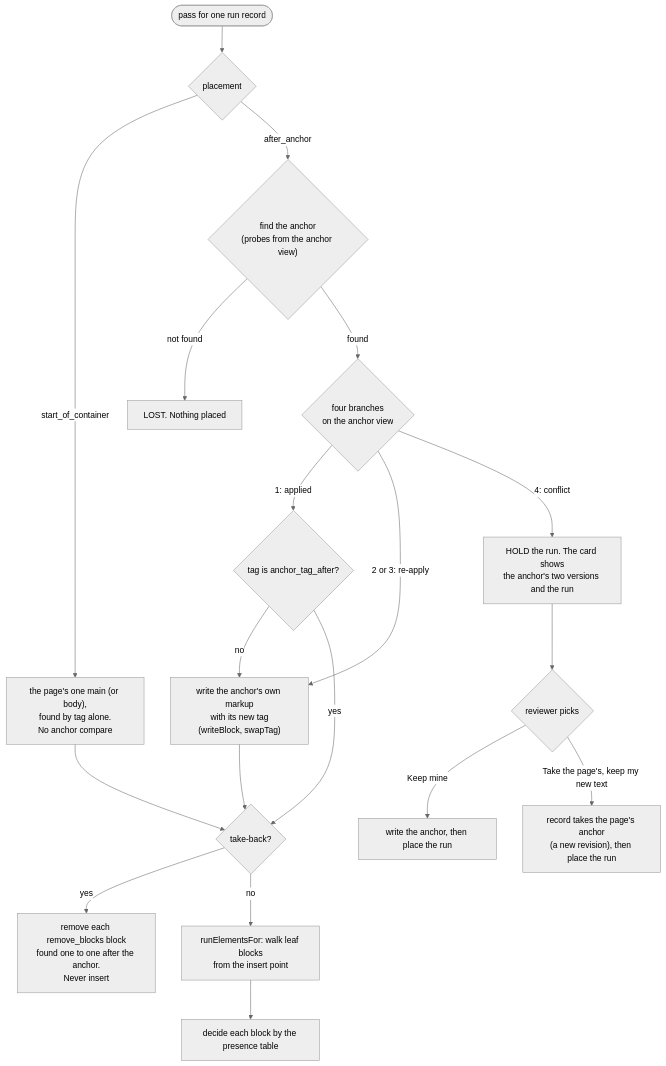
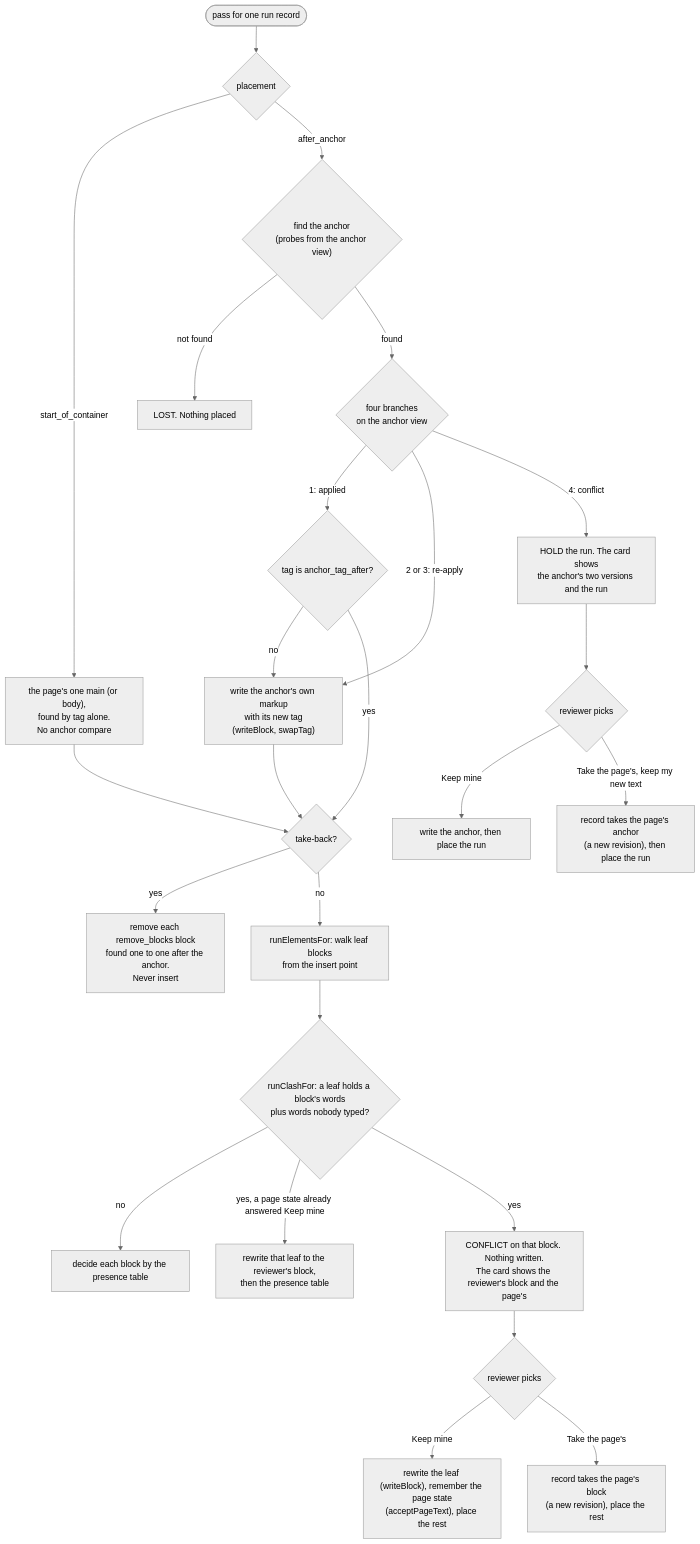
The third of 3 diagrams in docs/diagrams/replay_branches.md (kenxle/live-agentic-html-editor), drawn with Mermaid (neutral theme) before and after one commit. The commit also changed other lines of this file and 6 other files, not shown here.

````diff
--- a/docs/diagrams/replay_branches.md
+++ b/docs/diagrams/replay_branches.md
@@ -51,21 +51,27 @@
 ```mermaid
 flowchart TD
   S(["pass for one run record"]) --> P{"placement"}
   P -- "start_of_container" --> Cn["the page's one main (or body),<br/>found by tag alone.<br/>No anchor compare"]
   P -- "after_anchor" --> A{"find the anchor<br/>(probes from the anchor view)"}
   A -- "not found" --> L["LOST. Nothing placed"]
   A -- "found" --> V{"four branches<br/>on the anchor view"}
   V -- "1: applied" --> T{"tag is anchor_tag_after?"}
   V -- "2 or 3: re-apply" --> W["write the anchor's own markup<br/>with its new tag<br/>(writeBlock, swapTag)"]
   V -- "4: conflict" --> H["HOLD the run. The card shows<br/>the anchor's two versions and the run"]
   T -- "no" --> W
   T -- "yes" --> R
   W --> R
   Cn --> R{"take-back?"}
   R -- "yes" --> Rm["remove each remove_blocks block<br/>found one to one after the anchor.<br/>Never insert"]
   R -- "no" --> Walk["runElementsFor: walk leaf blocks<br/>from the insert point"]
-  Walk --> Row["decide each block by the presence table"]
+  Walk --> Cl{"runClashFor: a leaf holds a block's words<br/>plus words nobody typed?"}
+  Cl -- "no" --> Row["decide each block by the presence table"]
+  Cl -- "yes, a page state already answered Keep mine" --> KB["rewrite that leaf to the reviewer's block,<br/>then the presence table"]
+  Cl -- "yes" --> HB["CONFLICT on that block. Nothing written.<br/>The card shows the reviewer's block and the page's"]
+  HB --> Cb{"reviewer picks"}
+  Cb -- "Keep mine" --> KB2["rewrite the leaf (writeBlock), remember the page state<br/>(acceptPageText), place the rest"]
+  Cb -- "Take the page's" --> TB["record takes the page's block<br/>(a new revision), place the rest"]
   H --> Ch{"reviewer picks"}
   Ch -- "Keep mine" --> KM["write the anchor, then place the run"]
   Ch -- "Take the page's, keep my new text" --> TT["record takes the page's anchor<br/>(a new revision), then place the run"]
 ```
````
